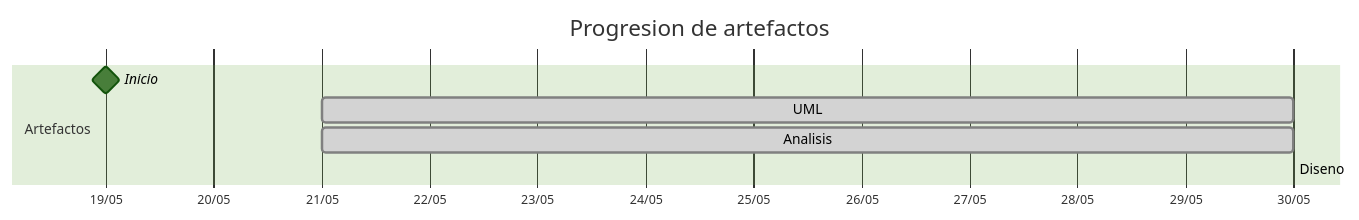
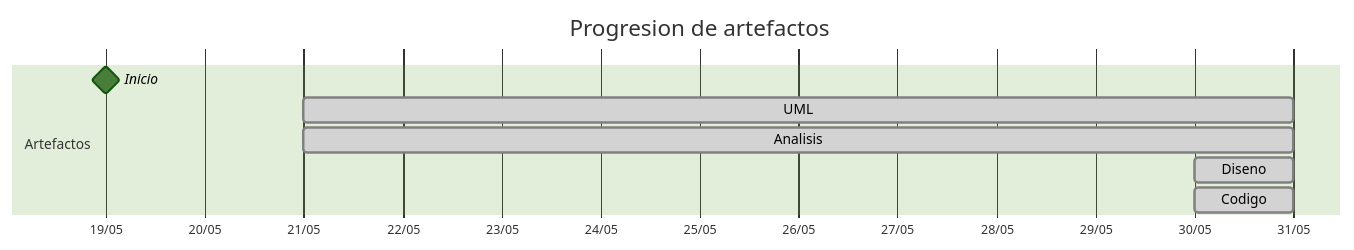
Before and after one commit to carlos-alvarado-25/25-26-idsw2-sdVC: the diagram in TIMELINES/Pareyor.md, drawn with Mermaid (forest theme). The commit also changed other lines of this file and 10 other files, not shown here.

````diff
--- a/TIMELINES/Pareyor.md
+++ b/TIMELINES/Pareyor.md
@@ -22,11 +22,12 @@
 ```mermaid
 gantt
     title Progresion de artefactos
     dateFormat YYYY-MM-DD
     axisFormat %d/%m
     section Artefactos
         Inicio       :milestone, 2026-05-19, 0d
-        UML          :done, 2026-05-21, 2026-05-30
-        Analisis     :done, 2026-05-21, 2026-05-30
-        Diseno       :done, 2026-05-30, 2026-05-30
+        UML          :done, 2026-05-21, 2026-05-31
+        Analisis     :done, 2026-05-21, 2026-05-31
+        Diseno       :done, 2026-05-30, 2026-05-31
+        Codigo       :done, 2026-05-30, 2026-05-31
 ```
````
